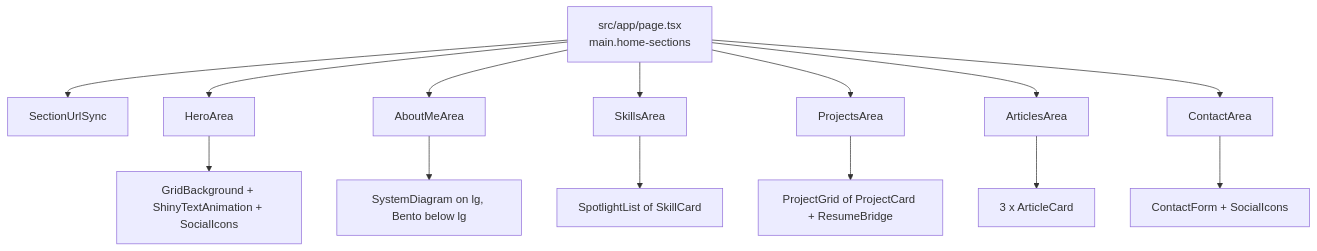
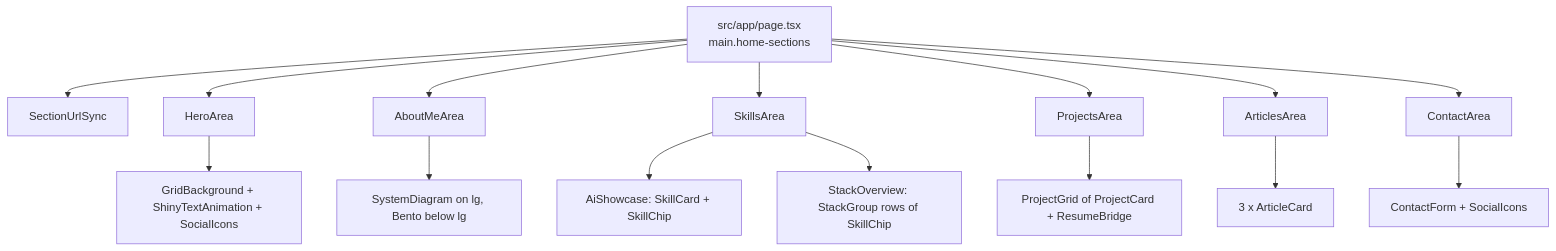
Before and after one commit to shibbirweb/shibbirweb.github.io: the diagram in docs/wiki/Home-Page.md, drawn with Mermaid. The commit also changed other lines of this file and 118 other files, not shown here.

````diff
--- a/docs/wiki/Home-Page.md
+++ b/docs/wiki/Home-Page.md
@@ -18,16 +18,17 @@
 ```mermaid
 flowchart TD
     P[src/app/page.tsx<br/>main.home-sections] --> S0[SectionUrlSync]
     P --> H[HeroArea]
     P --> A[AboutMeArea]
     P --> SK[SkillsArea]
     P --> PR[ProjectsArea]
     P --> AR[ArticlesArea]
     P --> C[ContactArea]
     H --> H1[GridBackground + ShinyTextAnimation + SocialIcons]
     A --> A1[SystemDiagram on lg, Bento below lg]
-    SK --> SK1[SpotlightList of SkillCard]
+    SK --> SK1[AiShowcase: SkillCard + SkillChip]
+    SK --> SK2[StackOverview: StackGroup rows of SkillChip]
     PR --> PR1[ProjectGrid of ProjectCard + ResumeBridge]
     AR --> AR1[3 x ArticleCard]
     C --> C1[ContactForm + SocialIcons]
 ```
````
